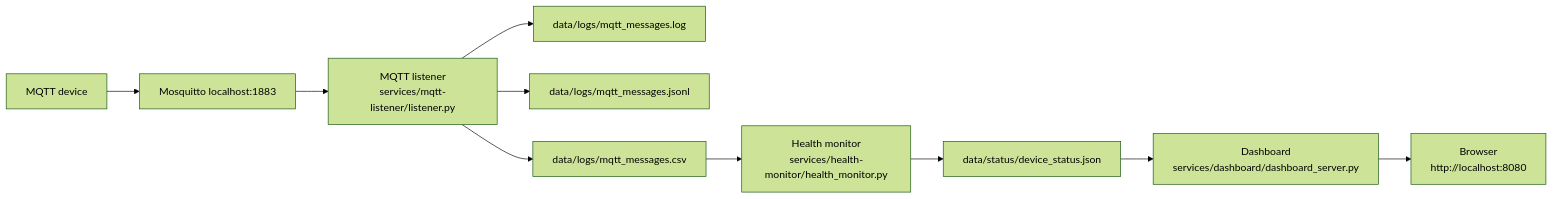
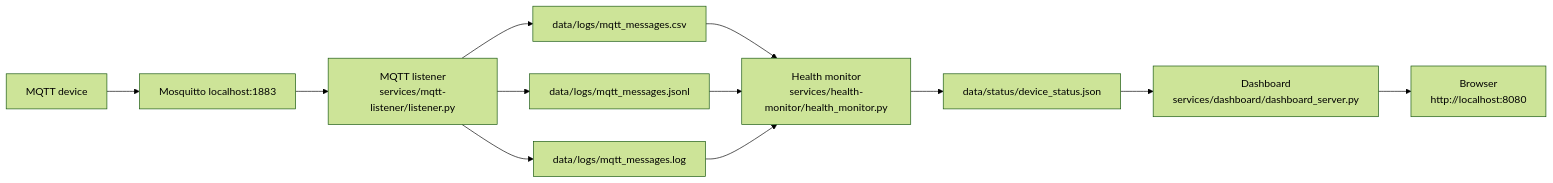
The diagram in docs/chat-handoff.md (zjoseph151-commits/raspberry-pi-learning), drawn with Mermaid (forest theme) before and after one commit. The commit also changed other lines of this file and 25 other files, not shown here.

````diff
--- a/docs/chat-handoff.md
+++ b/docs/chat-handoff.md
@@ -76,12 +77,14 @@
 ```mermaid
 flowchart LR
     Device["MQTT device"] --> Broker["Mosquitto localhost:1883"]
     Broker --> Listener["MQTT listener<br/>services/mqtt-listener/listener.py"]
     Listener --> TextLog["data/logs/mqtt_messages.log"]
     Listener --> JsonlLog["data/logs/mqtt_messages.jsonl"]
     Listener --> CsvLog["data/logs/mqtt_messages.csv"]
     CsvLog --> Health["Health monitor<br/>services/health-monitor/health_monitor.py"]
+    JsonlLog --> Health
+    TextLog --> Health
     Health --> StatusJson["data/status/device_status.json"]
     StatusJson --> Dashboard["Dashboard<br/>services/dashboard/dashboard_server.py"]
     Dashboard --> Browser["Browser<br/>http://localhost:8080"]
 ```
````
